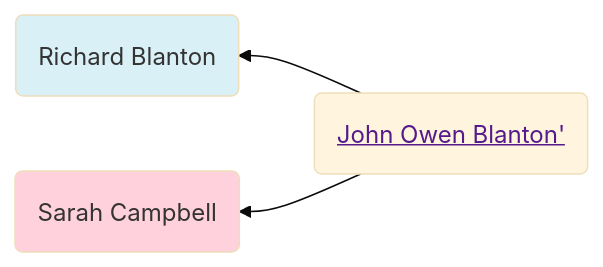
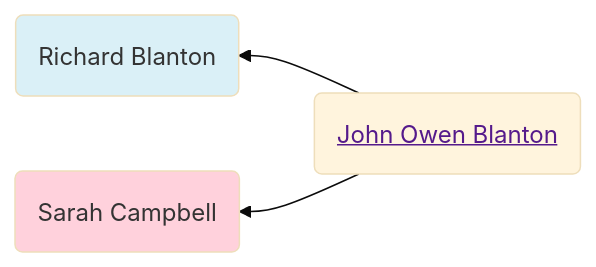
Before and after one commit to neelsmith/avocational: the first of 2 diagrams in familyhistory/sources/people/Neel-line/Blanton-line/John_Owen_Blanton.qmd, drawn with Mermaid (base theme). The commit also changed other lines of this file and 96 other files, not shown here.

````diff
--- a/familyhistory/sources/people/Neel-line/Blanton-line/John_Owen_Blanton.qmd
+++ b/familyhistory/sources/people/Neel-line/Blanton-line/John_Owen_Blanton.qmd
@@ -26,12 +26,12 @@
 ```{mermaid}
 graph RL
 %% RL ancestor diagram
-John_Owen_Blanton(<a href=''>John Owen Blanton'</>) -->  Richard_Blanton(Richard Blanton)
+John_Owen_Blanton(<a href=''>John Owen Blanton</a>) -->  Richard_Blanton(Richard Blanton)
 class Richard_Blanton father
-John_Owen_Blanton(<a href=''>John Owen Blanton'</>)  --> Sarah_Campbell(Sarah Campbell)
+John_Owen_Blanton(<a href=''>John Owen Blanton</a>)  --> Sarah_Campbell(Sarah Campbell)
 class Sarah_Campbell mother
 classDef mother fill:#ffd1dc
 classDef father fill:#daf0f7  
 classDef marriage fill:#ffffff
 
 ```
````
